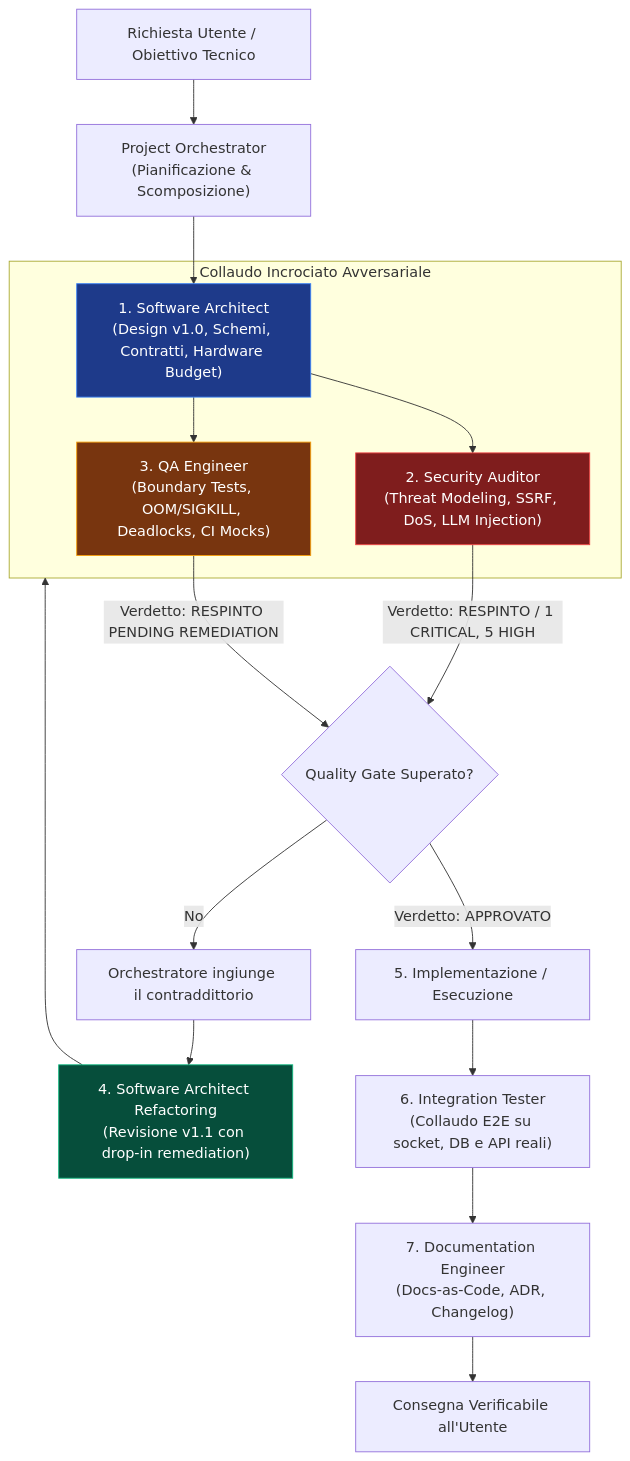
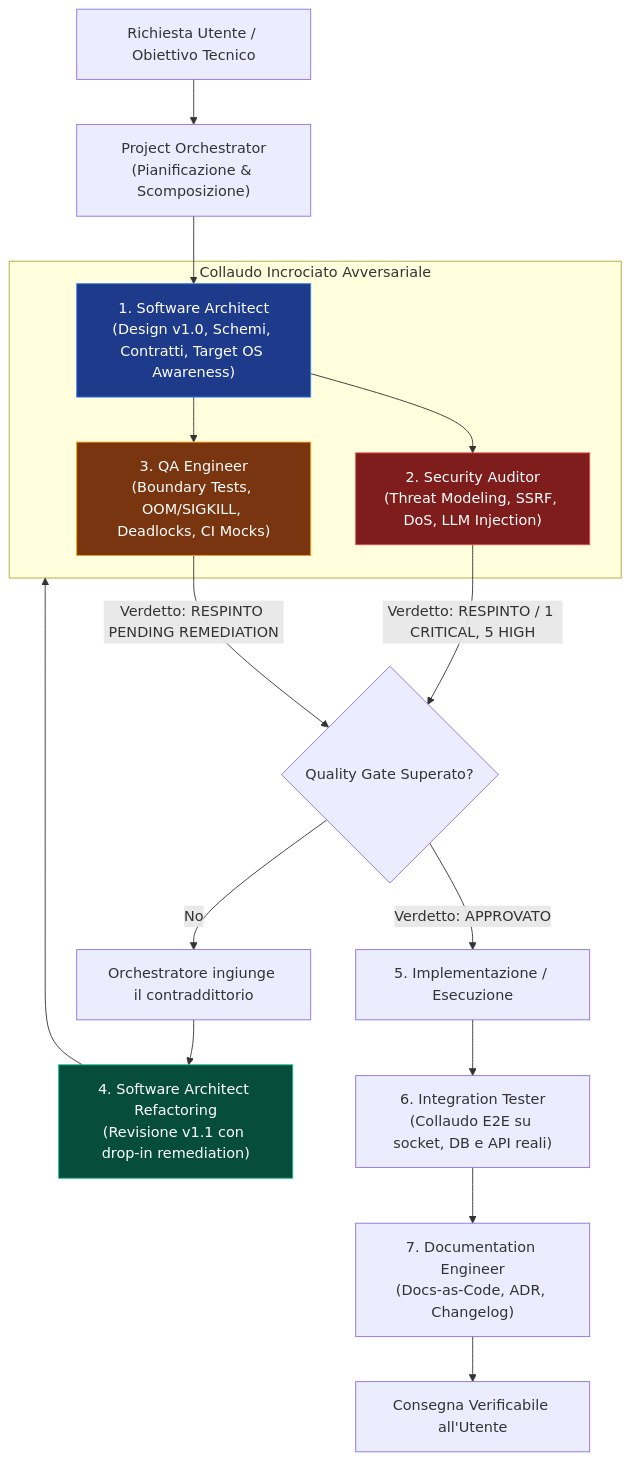
The diagram in README.md (tennet/antigravity-engineering-team), drawn with Mermaid before and after one commit. The commit also changed other lines of this file and 3 other files, not shown here.

Commit message:
docs(meta): credit author Manuele Francescon, add architecture disclaimers and refine environment awareness

````diff
--- a/README.md
+++ b/README.md
@@ -31,29 +49,29 @@
 ```mermaid
 flowchart TD
     User["Richiesta Utente / Obiettivo Tecnico"] --> PO["Project Orchestrator<br/>(Pianificazione & Scomposizione)"]
     
-    PO --> SA["1. Software Architect<br/>(Design v1.0, Schemi, Contratti, Hardware Budget)"]
+    PO --> SA["1. Software Architect<br/>(Design v1.0, Schemi, Contratti, Target OS Awareness)"]
     
     subgraph AuditGate["Collaudo Incrociato Avversariale"]
         SA --> SEC["2. Security Auditor<br/>(Threat Modeling, SSRF, DoS, LLM Injection)"]
         SA --> QA["3. QA Engineer<br/>(Boundary Tests, OOM/SIGKILL, Deadlocks, CI Mocks)"]
     end
     
     SEC -- "Verdetto: RESPINTO / 1 CRITICAL, 5 HIGH" --> Review{"Quality Gate Superato?"}
     QA -- "Verdetto: RESPINTO PENDING REMEDIATION" --> Review
     
     Review -- No --> PO_Rebuttal["Orchestratore ingiunge il contraddittorio"]
     PO_Rebuttal --> SA_Refactor["4. Software Architect Refactoring<br/>(Revisione v1.1 con drop-in remediation)"]
     
     SA_Refactor --> AuditGate
     
     Review -- "Verdetto: APPROVATO" --> DEV["5. Implementazione / Esecuzione"]
     DEV --> INT["6. Integration Tester<br/>(Collaudo E2E su socket, DB e API reali)"]
     INT --> DOC["7. Documentation Engineer<br/>(Docs-as-Code, ADR, Changelog)"]
     DOC --> Delivery["Consegna Verificabile all'Utente"]
 
     style SA fill:#1e3a8a,stroke:#3b82f6,color:#fff
     style SEC fill:#7f1d1d,stroke:#ef4444,color:#fff
     style QA fill:#78350f,stroke:#f59e0b,color:#fff
     style SA_Refactor fill:#064e3b,stroke:#10b981,color:#fff
 ```
````
